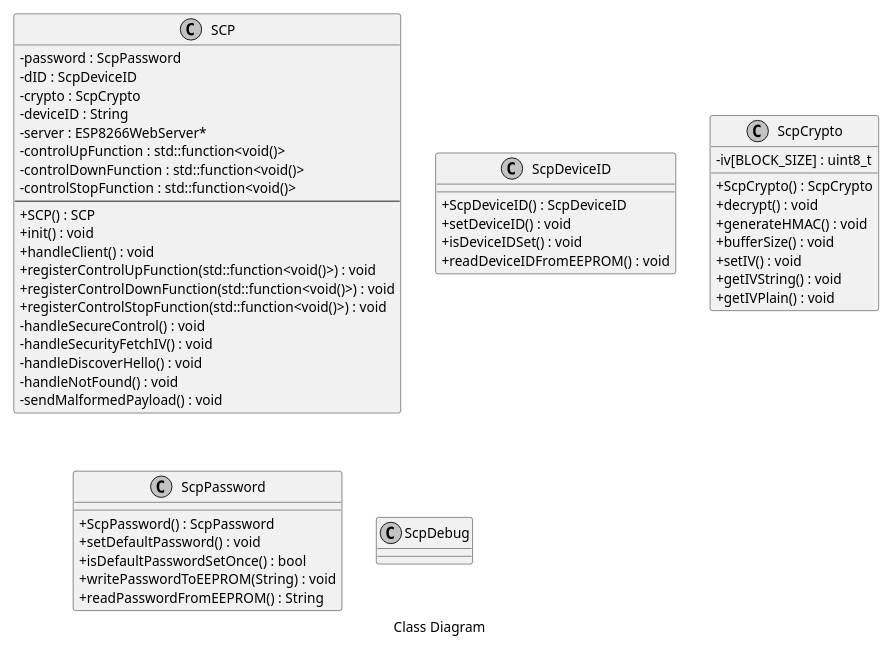
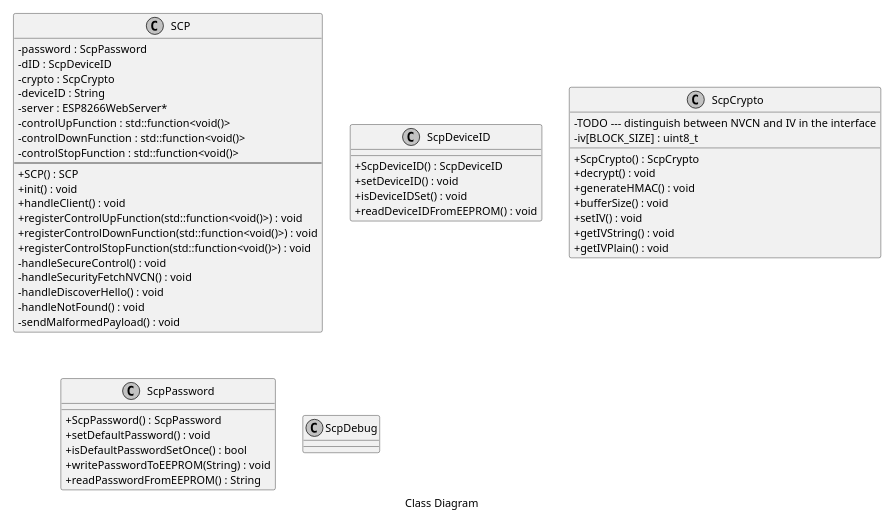
One commit to houseos/SCP changed the fifth of 5 diagrams in README.md. Above: the diagram before and after it, drawn with PlantUML. The commit also changed other lines of this file, not shown here.

Commit message:
- added NVCN as the Next Valid Control Number - corrected NVCN and IV usage

````diff
--- a/README.md
+++ b/README.md
@@ -639,69 +641,70 @@
 ```puml
 
 
 @startuml
 
 caption Class Diagram
 
 skinparam monochrome true
 skinparam classAttributeIconSize 0
 
 scale max 650 width
 
 class SCP {
     - password : ScpPassword
     - dID : ScpDeviceID
     - crypto : ScpCrypto
     - deviceID : String
     - server : ESP8266WebServer*
     - controlUpFunction : std::function<void()>
     - controlDownFunction : std::function<void()>
     - controlStopFunction : std::function<void()>
     ---
     + SCP() : SCP
     + init() : void
     + handleClient() : void
     + registerControlUpFunction(std::function<void()>) : void
     + registerControlDownFunction(std::function<void()>) : void
     + registerControlStopFunction(std::function<void()>) : void
     - handleSecureControl() : void
-    - handleSecurityFetchIV() : void
+    - handleSecurityFetchNVCN() : void
     - handleDiscoverHello() : void
     - handleNotFound() : void
     - sendMalformedPayload() : void
 }
 
 class ScpDeviceID {
     + ScpDeviceID() : ScpDeviceID
     + setDeviceID() : void
     + isDeviceIDSet() : void
     + readDeviceIDFromEEPROM() : void
 }
 
 class ScpCrypto {
-    - iv[BLOCK_SIZE] : uint8_t 
+    - TODO --- distinguish between NVCN and IV in the interface
+    - iv[BLOCK_SIZE] : uint8_t
     
     + ScpCrypto() : ScpCrypto
     + decrypt() : void
     + generateHMAC() : void
     + bufferSize() : void
     + setIV() : void
     + getIVString() : void
     + getIVPlain() : void
 
 }
 
 class ScpPassword {
     + ScpPassword() : ScpPassword
     + setDefaultPassword() : void
     + isDefaultPasswordSetOnce() : bool
     + writePasswordToEEPROM(String) : void
     + readPasswordFromEEPROM() : String
 
 }
 
 class ScpDebug {
 }
 
 @enduml
 ```
````
